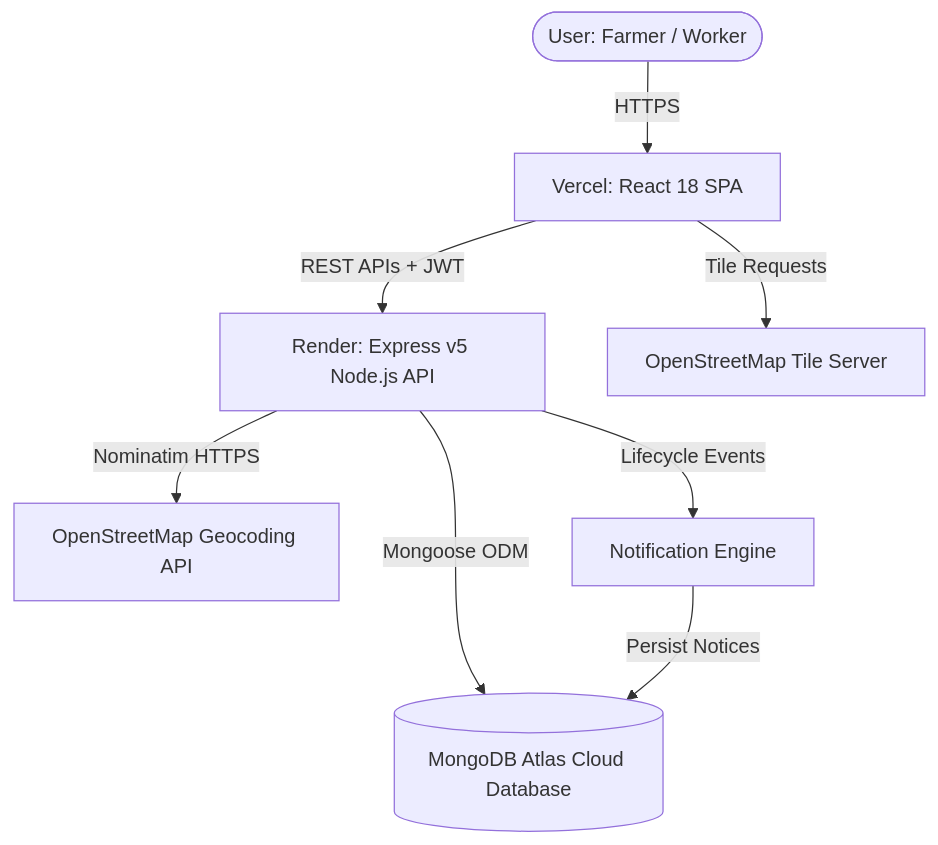
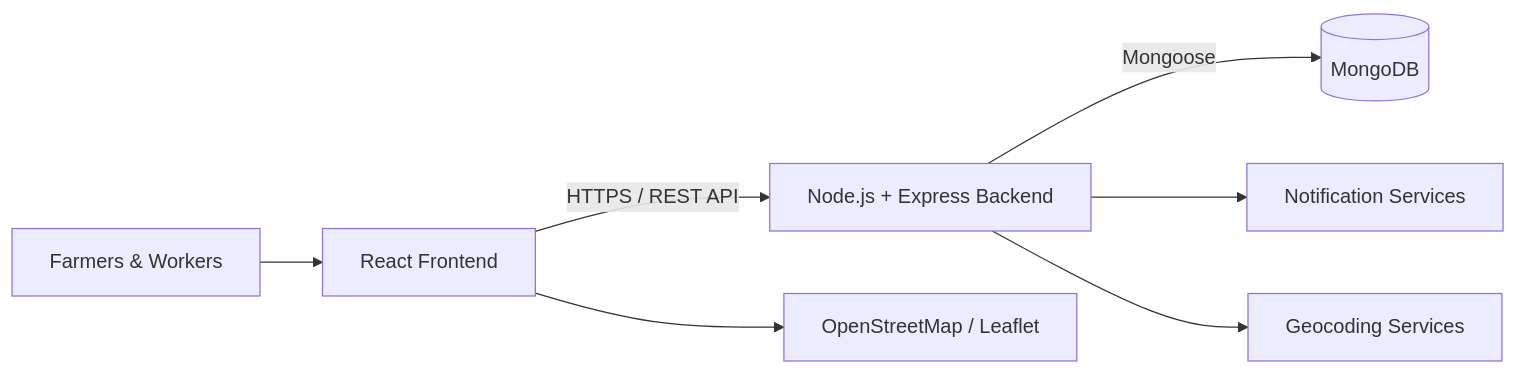
Before and after one commit to vishal-s-sollapure/AgriConnect: the second of 2 diagrams in README.md, drawn with Mermaid. The commit also changed other lines of this file, not shown here.

````diff
--- a/README.md
+++ b/README.md
@@ -174,10 +184,9 @@
 ```mermaid
-graph TD
-    User([User: Farmer / Worker]) -->|HTTPS| Frontend[Vercel: React 18 SPA]
-    Frontend -->|REST APIs + JWT| Backend[Render: Express v5 Node.js API]
-    Backend -->|Mongoose ODM| DB[(MongoDB Atlas Cloud Database)]
-    Backend -->|Nominatim HTTPS| OSM[OpenStreetMap Geocoding API]
-    Backend -->|Lifecycle Events| NotifyModule[Notification Engine]
-    NotifyModule -->|Persist Notices| DB
-    Frontend -->|Tile Requests| OSMTiles[OpenStreetMap Tile Server]
+flowchart LR
+    U[Farmers & Workers] --> F[React Frontend]
+    F -->|HTTPS / REST API| B[Node.js + Express Backend]
+    B -->|Mongoose| D[(MongoDB)]
+    B --> N[Notification Services]
+    B --> G[Geocoding Services]
+    F --> M[OpenStreetMap / Leaflet]
 ```
````
